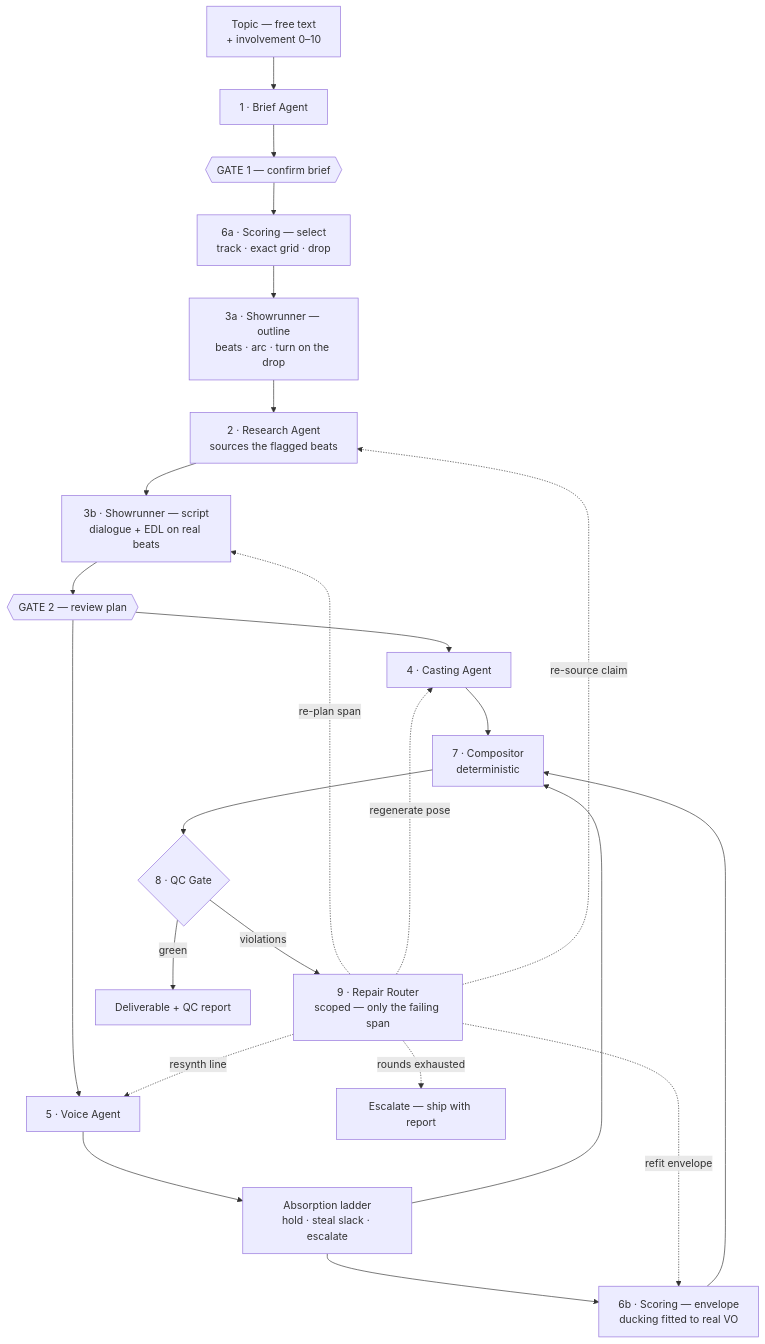
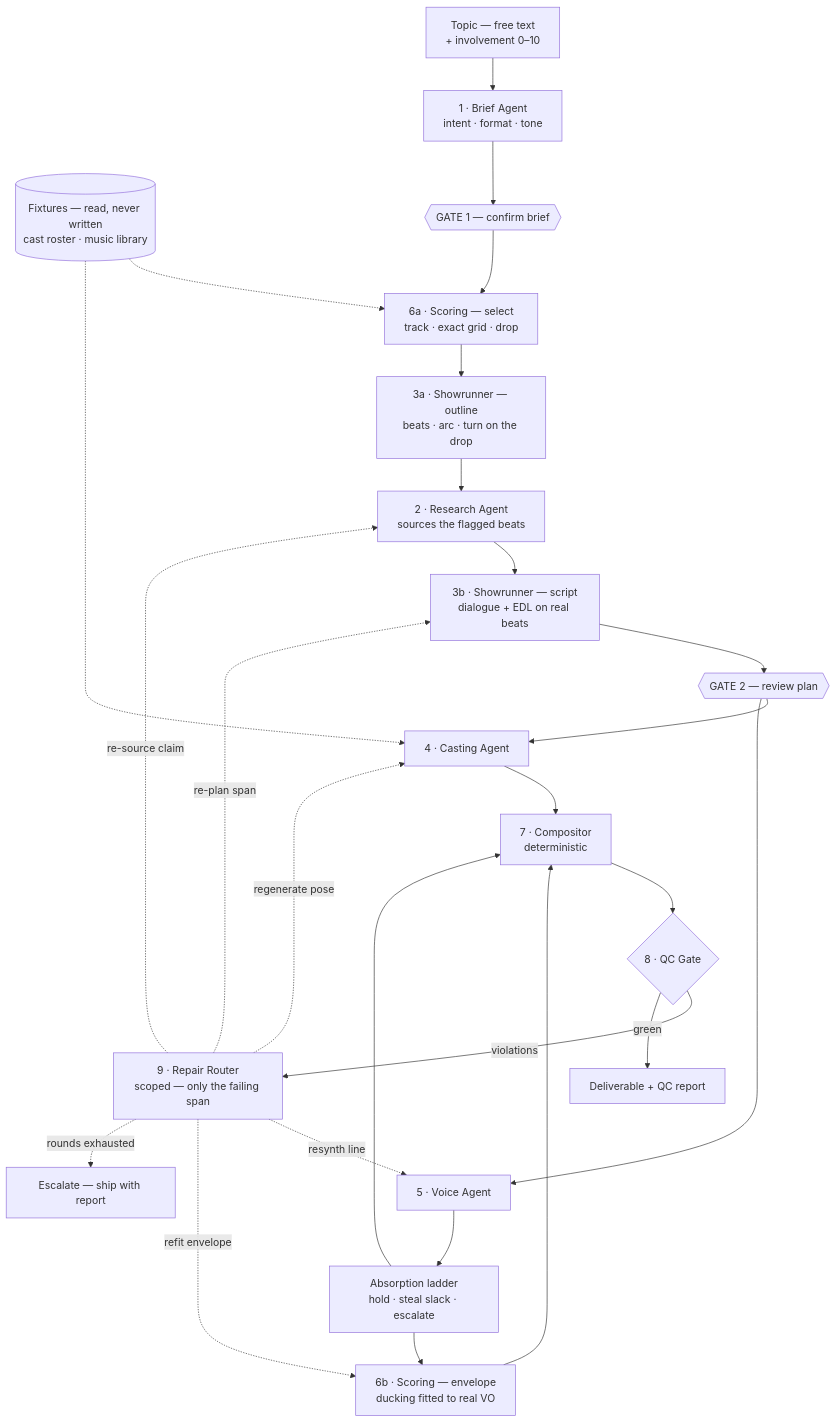
Before and after one commit to ypatodkar/real-agent: the first of 4 diagrams in ARCHITECTURE.md, drawn with Mermaid. The commit also changed other lines of this file, not shown here.

````diff
--- a/ARCHITECTURE.md
+++ b/ARCHITECTURE.md
@@ -207,26 +233,28 @@
 ```mermaid
 flowchart TD
-    U["Topic — free text<br/>+ involvement 0–10"] --> A1["1 · Brief Agent"]
+    FX[("Fixtures — read, never written<br/>cast roster · music library")] -.-> A6A
+    FX -.-> A4
+    U["Topic — free text<br/>+ involvement 0–10"] --> A1["1 · Brief Agent<br/>intent · format · tone"]
     A1 --> G1{{"GATE 1 — confirm brief"}}
     G1 --> A6A["6a · Scoring — select<br/>track · exact grid · drop"]
     A6A --> A3A["3a · Showrunner — outline<br/>beats · arc · turn on the drop"]
     A3A --> A2["2 · Research Agent<br/>sources the flagged beats"]
     A2 --> A3B["3b · Showrunner — script<br/>dialogue + EDL on real beats"]
     A3B --> G2{{"GATE 2 — review plan"}}
     G2 --> A4["4 · Casting Agent"]
     G2 --> A5["5 · Voice Agent"]
     A5 --> AL["Absorption ladder<br/>hold · steal slack · escalate"]
     AL --> A6B["6b · Scoring — envelope<br/>ducking fitted to real VO"]
     A4 --> CP["7 · Compositor<br/>deterministic"]
     AL --> CP
     A6B --> CP
     CP --> QC{"8 · QC Gate"}
     QC -- "violations" --> RR["9 · Repair Router<br/>scoped — only the failing span"]
     RR -. "re-plan span" .-> A3B
     RR -. "regenerate pose" .-> A4
     RR -. "resynth line" .-> A5
     RR -. "refit envelope" .-> A6B
     RR -. "re-source claim" .-> A2
     RR -. "rounds exhausted" .-> HU["Escalate — ship with report"]
     QC -- "green" --> OUT["Deliverable + QC report"]
 ```
````
